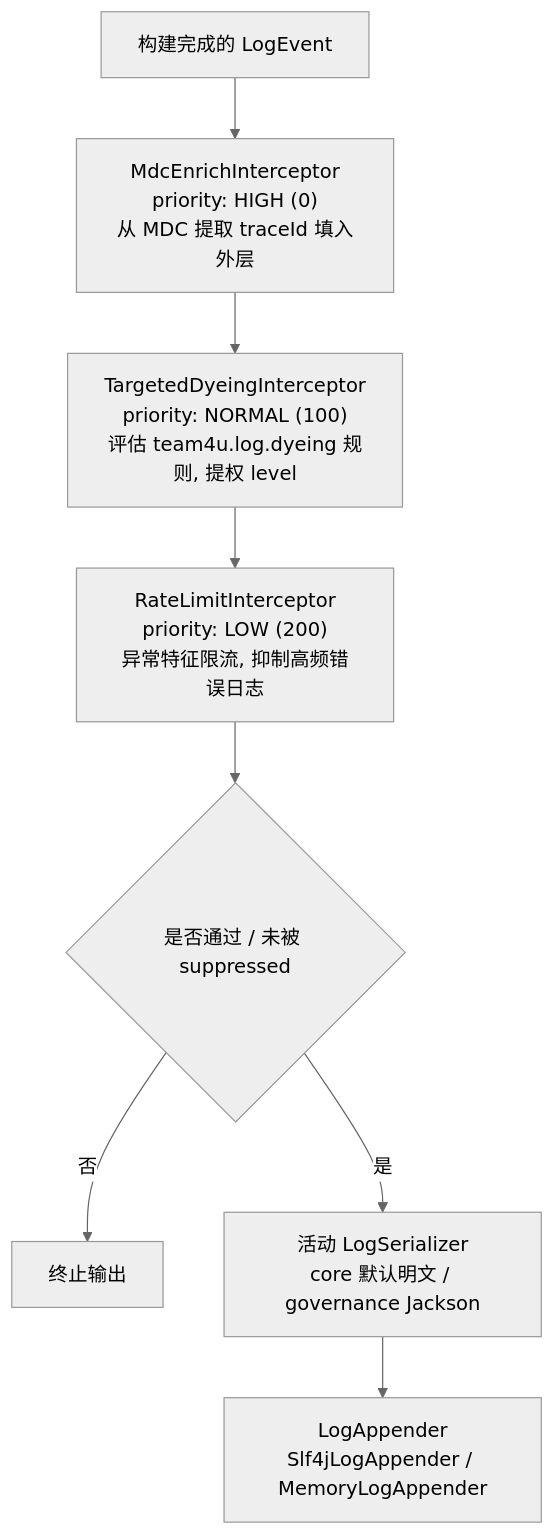
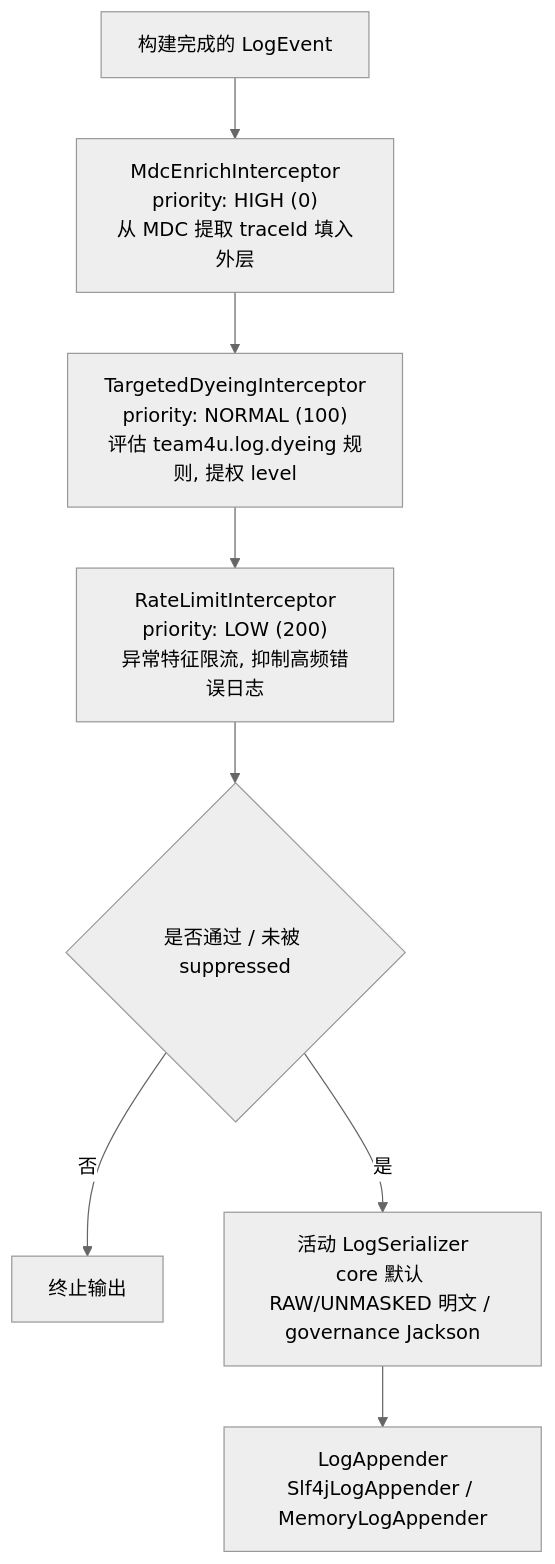
One commit to team4u/team4u-framework changed the diagram in docs/log/log-architecture.md. Above: the diagram before and after it, drawn with Mermaid (neutral theme). The commit also changed 29 other files, not shown here.

````diff
--- a/docs/log/log-architecture.md
+++ b/docs/log/log-architecture.md
@@ -48,10 +48,10 @@
 ```mermaid
 graph TD
     Event["构建完成的 LogEvent"] --> I1["MdcEnrichInterceptor<br/>priority: HIGH (0)<br/>从 MDC 提取 traceId 填入外层"]
     I1 --> I2["TargetedDyeingInterceptor<br/>priority: NORMAL (100)<br/>评估 team4u.log.dyeing 规则, 提权 level"]
     I2 --> I3["RateLimitInterceptor<br/>priority: LOW (200)<br/>异常特征限流, 抑制高频错误日志"]
     I3 --> Check{"是否通过 / 未被 suppressed"}
     Check -->|"否"| Drop["终止输出"]
-    Check -->|"是"| Serializer["活动 LogSerializer<br/>core 默认明文 / governance Jackson"]
+    Check -->|"是"| Serializer["活动 LogSerializer<br/>core 默认 RAW/UNMASKED 明文 / governance Jackson"]
     Serializer --> Appender["LogAppender<br/>Slf4jLogAppender / MemoryLogAppender"]
 ```
````
